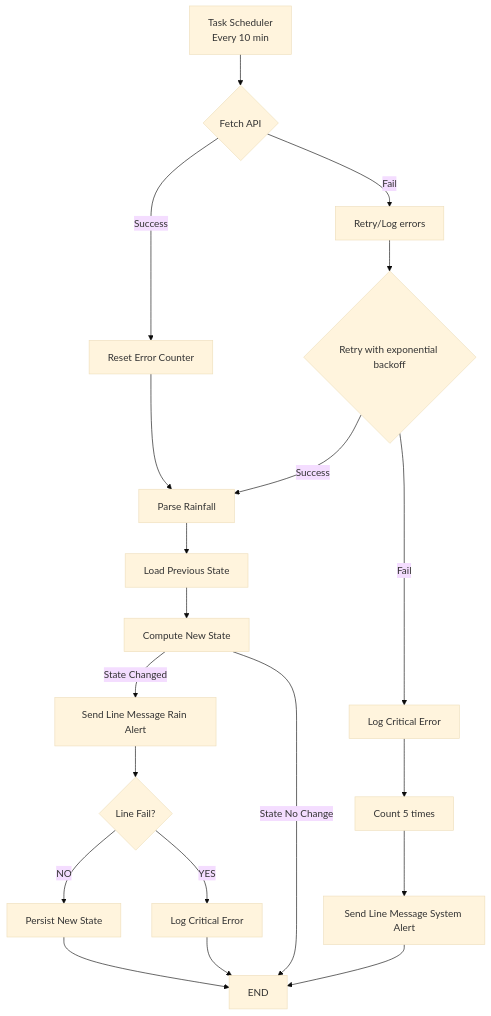
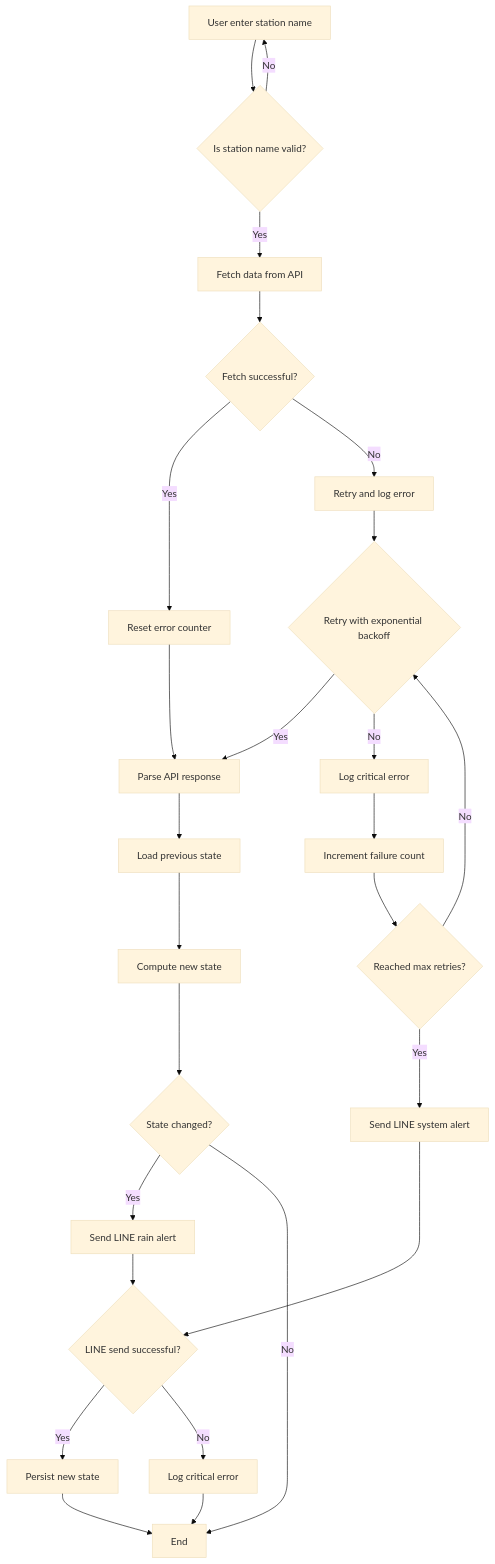
Before and after one commit to jameslatcc/weatherbot: the diagram in README.md, drawn with Mermaid (base theme). The commit also changed other lines of this file, not shown here.

Commit message:
docs: tried to fix my branch

````diff
--- a/README.md
+++ b/README.md
@@ -4,22 +4,41 @@
 ```mermaid
 graph TD
-    A[Task Scheduler<br>Every 10 min] --> B{Fetch API}
-    B -- Success --> O[Reset Error Counter]
-    O --> C[Parse Rainfall]
-    B -- Fail --> D[Retry/Log errors]
-    D --> E{Retry with exponential backoff}
-    E -- Success --> C
-    E -- Fail --> G[Log Critical Error]
-    G --> M[Count 5 times]
-    M --> N[Send Line Message System Alert]
-    N --> Z
-    C --> F[Load Previous State]
-    F --> H[Compute New State]
-    H -- State Changed --> I[Send Line Message Rain Alert]
-    H -- State No Change --> Z[END]
-    I --> J{Line Fail?}
-    J -- NO --> L[Persist New State]
-    J -- YES --> K[Log Critical Error]
-    L --> Z
-    K --> Z
+    A[User enter station name] --> B{Is station name valid?}
+
+    B -- Yes --> C[Fetch data from API]
+    B -- No --> A
+
+    C --> D{Fetch successful?}
+
+    D -- Yes --> E[Reset error counter]
+    E --> F[Parse API response]
+
+    D -- No --> G[Retry and log error]
+    G --> H{Retry with exponential backoff}
+
+    H -- Yes --> F
+    H -- No --> I[Log critical error]
+    I --> J[Increment failure count]
+
+    J --> K{Reached max retries?}
+    K -- Yes --> L[Send LINE system alert]
+    K -- No --> H
+
+    L --> Q{LINE send successful?}
+
+    F --> M[Load previous state]
+    M --> N[Compute new state]
+
+    N --> O{State changed?}
+
+    O -- Yes --> P[Send LINE rain alert]
+    O -- No --> Z[End]
+
+    P --> Q
+
+    Q -- Yes --> R[Persist new state]
+    Q -- No --> S[Log critical error]
+
+    R --> Z
+    S --> Z
 ```
````
